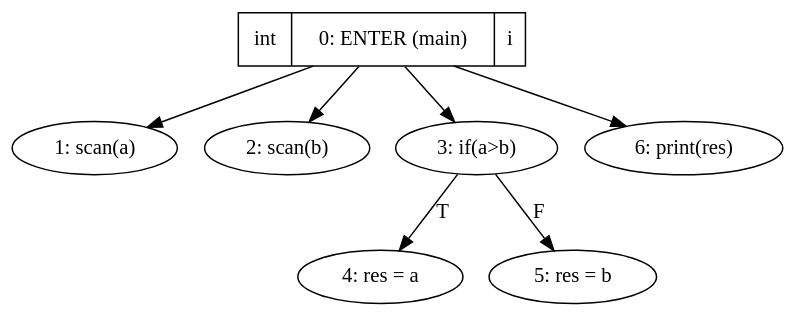
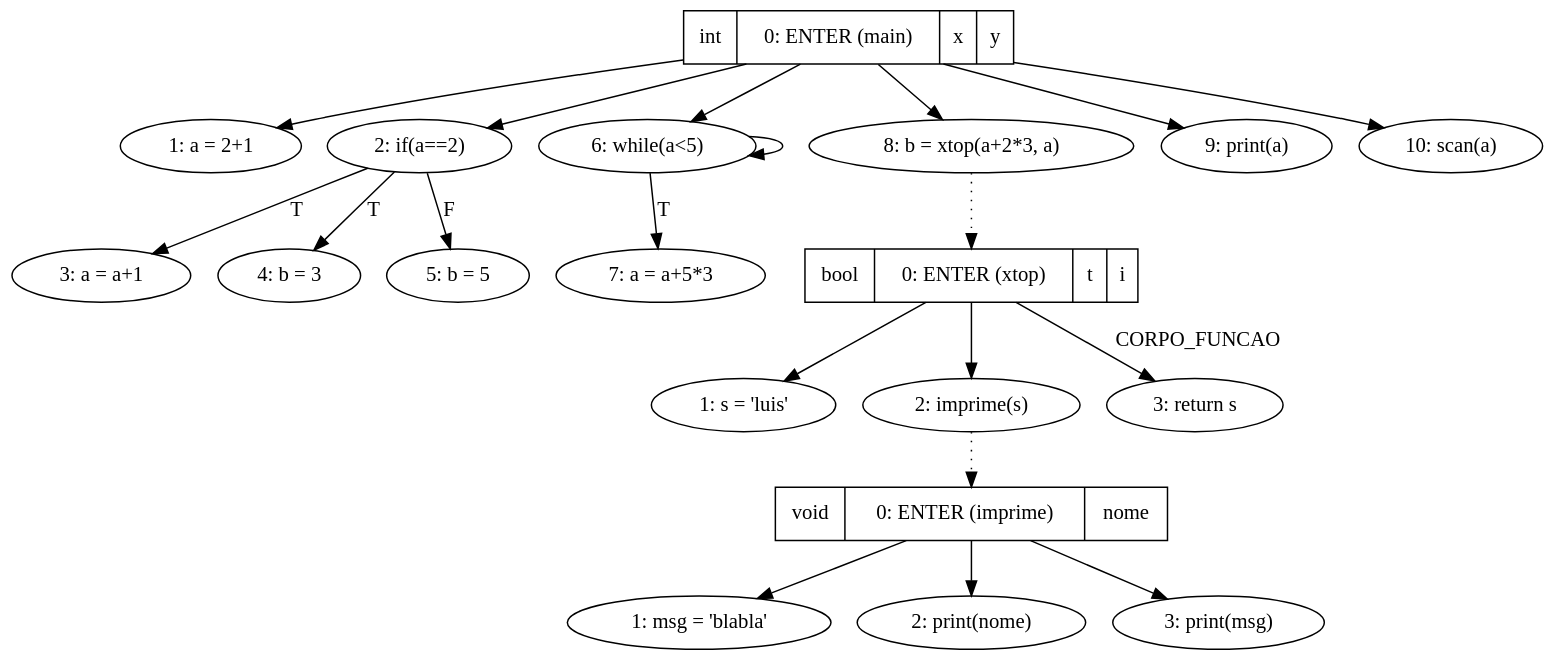
The diagram in Final/Cmb/WebSite/Gramatica/output/sdg.gv (MiguelCosta/ATS), drawn with Graphviz before and after one commit. The commit also changed 162 other files, not shown here.

```diff
--- a/Final/Cmb/WebSite/Gramatica/output/sdg.gv
+++ b/Final/Cmb/WebSite/Gramatica/output/sdg.gv
@@ -1,20 +1,53 @@
 digraph mainmapSDG {
 graph [bgcolor=transparent];
-"0:ENTER (main)"[shape=record, label="{{int|0: ENTER (main)|i}}"];
-"1:scan(a)"[label="1: scan(a)"];
-"2:scan(b)"[label="2: scan(b)"];
-"3:if(a>b)"[label="3: if(a>b)"];
-"4:res = a"[label="4: res = a"];
-"5:res = b"[label="5: res = b"];
-"6:print(res)"[label="6: print(res)"];
+"0:ENTER (imprime)"[shape=record, label="{{void|0: ENTER (imprime)|nome}}"];
+"1:msg = 'blabla'"[label="1: msg = 'blabla'"];
+"2:print(nome)"[label="2: print(nome)"];
+"3:print(msg)"[label="3: print(msg)"];
 
 
-"0:ENTER (main)" -> "1:scan(a)";
-	"0:ENTER (main)" -> "2:scan(b)";
-	"0:ENTER (main)" -> "3:if(a>b)";
-	"0:ENTER (main)" -> "6:print(res)";
-	"3:if(a>b)" -> "4:res = a"[label="T"];
-	"3:if(a>b)" -> "5:res = b"[label="F"];
+"0:ENTER (imprime)" -> "1:msg = 'blabla'";
+	"0:ENTER (imprime)" -> "2:print(nome)";
+	"0:ENTER (imprime)" -> "3:print(msg)";
 	
 
-}
+"0:ENTER (main)"[shape=record, label="{{int|0: ENTER (main)|x|y}}"];
+"1:a = 2+1"[label="1: a = 2+1"];
+"2:if(a==2)"[label="2: if(a==2)"];
+"3:a = a+1"[label="3: a = a+1"];
+"4:b = 3"[label="4: b = 3"];
+"5:b = 5"[label="5: b = 5"];
+"6:while(a<5)"[label="6: while(a<5)"];
+"7:a = a+5*3"[label="7: a = a+5*3"];
+"8:b = xtop(a+2*3, a)"[label="8: b = xtop(a+2*3, a)"];
+"9:print(a)"[label="9: print(a)"];
+"10:scan(a)"[label="10: scan(a)"];
+
+
+"0:ENTER (main)" -> "1:a = 2+1";
+	"0:ENTER (main)" -> "2:if(a==2)";
+	"0:ENTER (main)" -> "6:while(a<5)";
+	"0:ENTER (main)" -> "8:b = xtop(a+2*3, a)";
+	"0:ENTER (main)" -> "9:print(a)";
+	"0:ENTER (main)" -> "10:scan(a)";
+	"2:if(a==2)" -> "3:a = a+1"[label="T"];
+	"2:if(a==2)" -> "4:b = 3"[label="T"];
+	"2:if(a==2)" -> "5:b = 5"[label="F"];
+	"6:while(a<5)" -> "6:while(a<5)";
+	"6:while(a<5)" -> "7:a = a+5*3"[label="T"];
+	
+
+"8:b = xtop(a+2*3, a)" -> "0:ENTER (xtop)" [style=dotted];
+	"0:ENTER (xtop)"[shape=record, label="{{bool|0: ENTER (xtop)|t|i}}"];
+"1:s = 'luis'"[label="1: s = 'luis'"];
+"2:imprime(s)"[label="2: imprime(s)"];
+"3:return s"[label="3: return s"];
+
+
+"0:ENTER (xtop)" -> "1:s = 'luis'";
+	"0:ENTER (xtop)" -> "2:imprime(s)";
+	"0:ENTER (xtop)" -> "3:return s"[label="CORPO_FUNCAO"];
+	
+
+"2:imprime(s)" -> "0:ENTER (imprime)" [style=dotted];
+	}
```
